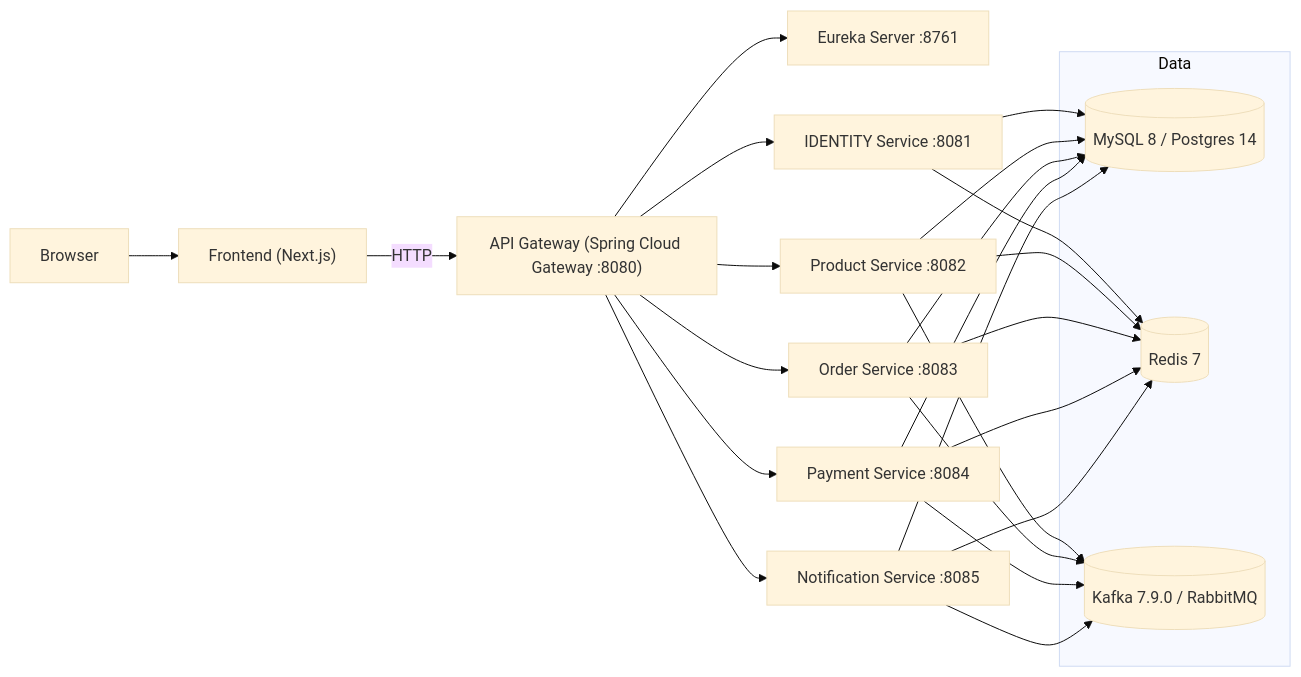
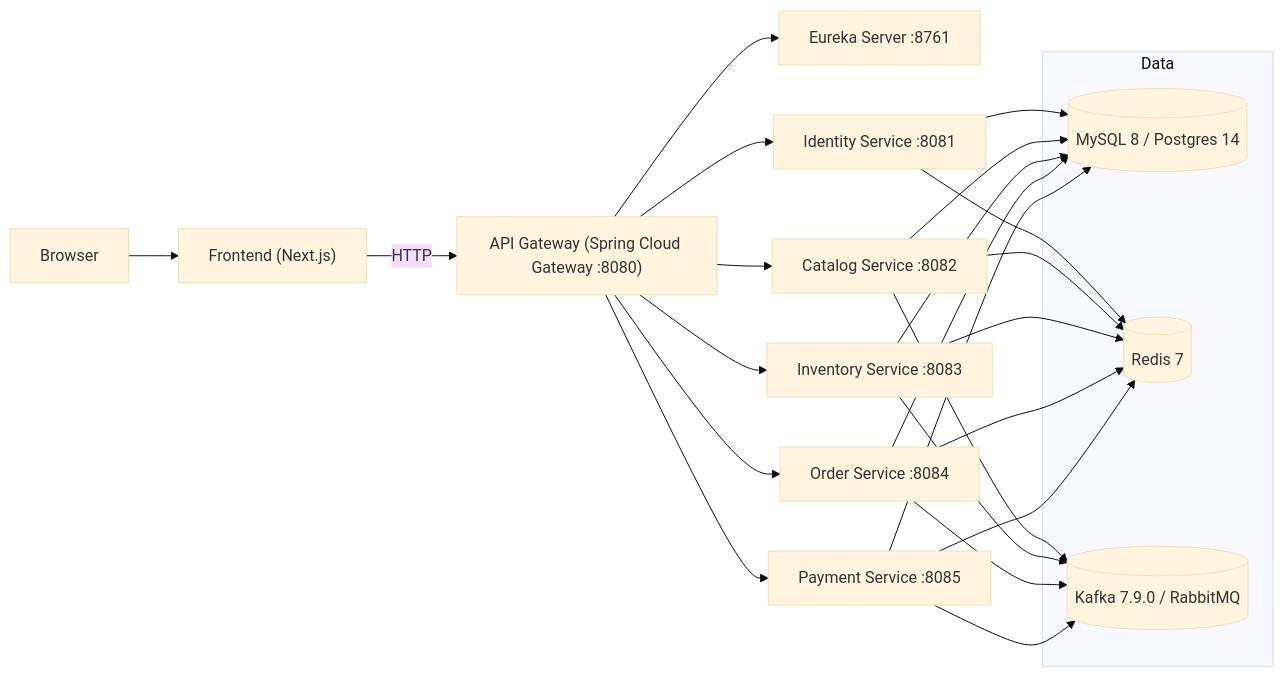
Before and after one commit to atlashk/atlas: the first of 3 diagrams in README.md, drawn with Mermaid (base theme). The commit also changed other lines of this file and 1 other file, not shown here.

````diff
--- a/README.md
+++ b/README.md
@@ -47,35 +234,35 @@
 ```mermaid
 flowchart LR
   U[Browser] --> FE["Frontend (Next.js)"]
   FE -->|HTTP| GW["API Gateway (Spring Cloud Gateway :8080)"]
 
   GW --> DS[Eureka Server :8761]
-  GW --> IDENTITY[IDENTITY Service :8081]
-  GW --> PRD[Product Service :8082]
-  GW --> ORD[Order Service :8083]
-  GW --> PAY[Payment Service :8084]
-  GW --> NOTIF[Notification Service :8085]
+  GW --> IDENTITY[Identity Service :8081]
+  GW --> CATALOG[Catalog Service :8082]
+  GW --> INVENTORY[Inventory Service :8083]
+  GW --> ORDER[Order Service :8084]
+  GW --> PAYMENT[Payment Service :8085]
 
   subgraph Data
     DB[(MySQL 8 / Postgres 14)]
     CACHE[(Redis 7)]
     MQ[(Kafka 7.9.0 / RabbitMQ)]
   end
 
   IDENTITY --> DB
-  PRD --> DB
-  ORD --> DB
-  PAY --> DB
-  NOTIF --> DB
+  CATALOG --> DB
+  INVENTORY --> DB
+  ORDER --> DB
+  PAYMENT --> DB
 
   IDENTITY --> CACHE
-  PRD --> CACHE
-  ORD --> CACHE
-  PAY --> CACHE
-  NOTIF --> CACHE
+  CATALOG --> CACHE
+  INVENTORY --> CACHE
+  ORDER --> CACHE
+  PAYMENT --> CACHE
 
-  PRD --> MQ
-  ORD --> MQ
-  PAY --> MQ
-  NOTIF --> MQ
+  CATALOG --> MQ
+  INVENTORY --> MQ
+  ORDER --> MQ
+  PAYMENT --> MQ
 ```
````
